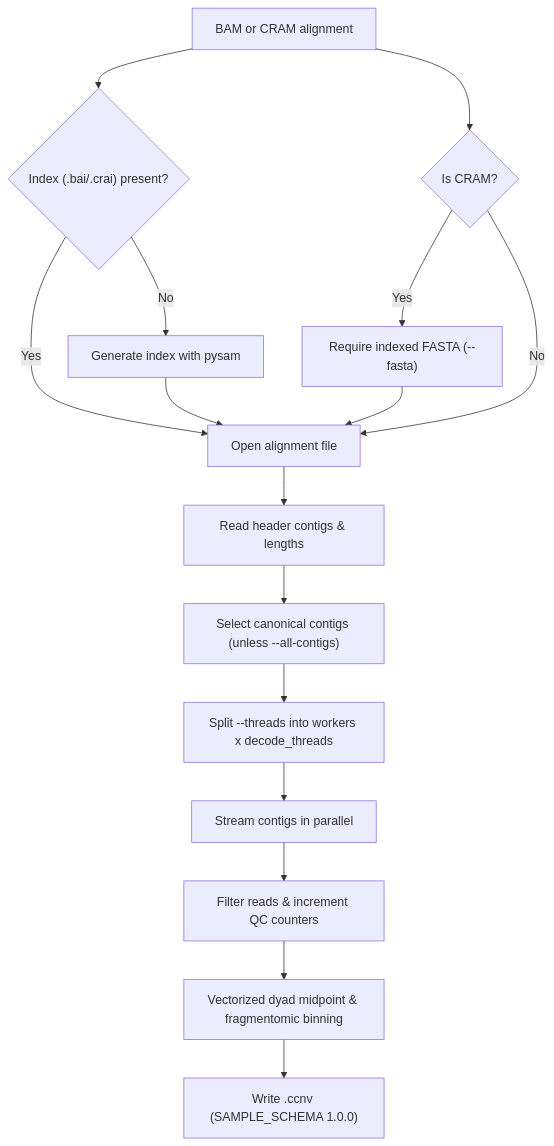
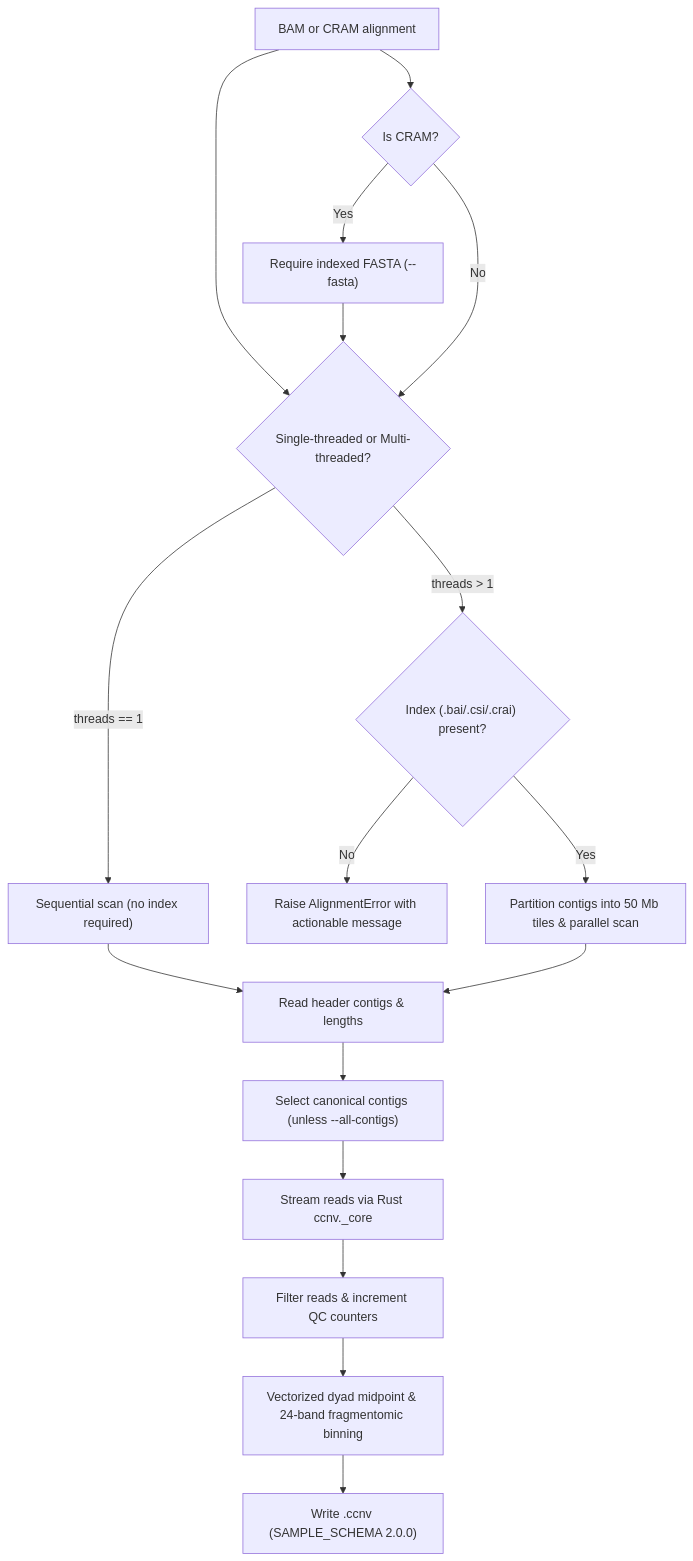
The second of 4 diagrams in docs/pipeline.md (matthdsm/ccnv), drawn with Mermaid before and after one commit. The commit also changed other lines of this file and 123 other files, not shown here.

First line of the commit message:
feat: upgrade ccnv to Schema v2.0.0 with Rust I/O core and redesigned statistical/prenatal pipeline (#24)

````diff
--- a/docs/pipeline.md
+++ b/docs/pipeline.md
@@ -29,18 +29,19 @@
 ```mermaid
 flowchart TD
-    InAlign["BAM or CRAM alignment"] --> CheckIdx{"Index (.bai/.crai) present?"}
-    CheckIdx -- No --> BuildIdx["Generate index with pysam"]
-    CheckIdx -- Yes --> OpenAlign["Open alignment file"]
-    BuildIdx --> OpenAlign
+    InAlign["BAM or CRAM alignment"] --> CheckMode{"Single-threaded or Multi-threaded?"}
+    CheckMode -- "threads == 1" --> SeqStream["Sequential scan (no index required)"]
+    CheckMode -- "threads > 1" --> CheckIdx{"Index (.bai/.csi/.crai) present?"}
+    CheckIdx -- No --> RaiseErr["Raise AlignmentError with actionable message"]
+    CheckIdx -- Yes --> ParStream["Partition contigs into 50 Mb tiles & parallel scan"]
     InAlign --> CheckCRAM{"Is CRAM?"}
     CheckCRAM -- Yes --> CheckFai["Require indexed FASTA (--fasta)"]
-    CheckFai --> OpenAlign
-    CheckCRAM -- No --> OpenAlign
-    OpenAlign --> ParseHeader["Read header contigs & lengths"]
+    CheckFai --> CheckMode
+    CheckCRAM -- No --> CheckMode
+    SeqStream --> ParseHeader["Read header contigs & lengths"]
+    ParStream --> ParseHeader
     ParseHeader --> LayoutFilter["Select canonical contigs (unless --all-contigs)"]
-    LayoutFilter --> Budget["Split --threads into workers x decode_threads"]
-    Budget --> Stream["Stream contigs in parallel"]
+    LayoutFilter --> Stream["Stream reads via Rust ccnv._core"]
     Stream --> Filter["Filter reads & increment QC counters"]
-    Filter --> Binning["Vectorized dyad midpoint & fragmentomic binning"]
-    Binning --> WriteParquet["Write <prefix>.ccnv (SAMPLE_SCHEMA 1.0.0)"]
+    Filter --> Binning["Vectorized dyad midpoint & 24-band fragmentomic binning"]
+    Binning --> WriteParquet["Write <prefix>.ccnv (SAMPLE_SCHEMA 2.0.0)"]
 ```
````
